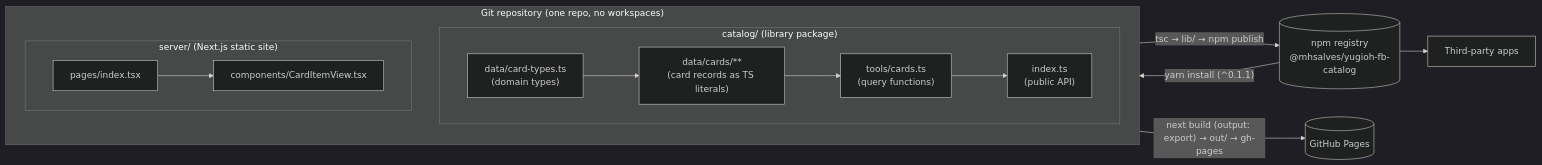
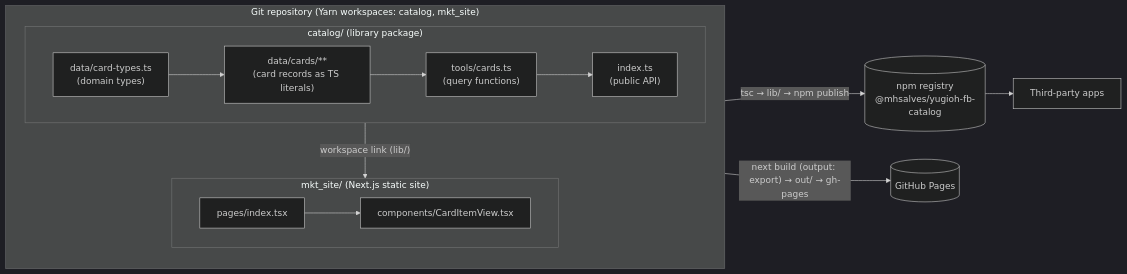
Before and after one commit to mhsalves/yugioh-fb-catalog: the first of 3 diagrams in docs/ARCHITECTURE.md, drawn with Mermaid (dark theme). The commit also changed other lines of this file and 7 other files, not shown here.

````diff
--- a/docs/ARCHITECTURE.md
+++ b/docs/ARCHITECTURE.md
@@ -22,23 +22,23 @@
 ```mermaid
 flowchart LR
-    subgraph repo["Git repository (one repo, no workspaces)"]
+    subgraph repo["Git repository (Yarn workspaces: catalog, mkt_site)"]
         direction TB
         subgraph catalog["catalog/ (library package)"]
             types["data/card-types.ts<br/>(domain types)"]
             data["data/cards/**<br/>(card records as TS literals)"]
             tools["tools/cards.ts<br/>(query functions)"]
             entry["index.ts<br/>(public API)"]
             types --> data --> tools --> entry
         end
-        subgraph server["server/ (Next.js static site)"]
+        subgraph site["mkt_site/ (Next.js static site)"]
             page["pages/index.tsx"]
             item["components/CardItemView.tsx"]
             page --> item
         end
+        catalog -- "workspace link (lib/)" --> site
     end
 
     catalog -- "tsc → lib/ → npm publish" --> npm[("npm registry<br/>@mhsalves/yugioh-fb-catalog")]
-    npm -- "yarn install (^0.1.1)" --> server
-    server -- "next build (output: export) → out/ → gh-pages" --> pages[("GitHub Pages")]
+    site -- "next build (output: export) → out/ → gh-pages" --> pages[("GitHub Pages")]
     npm --> consumers["Third-party apps"]
 ```
````
